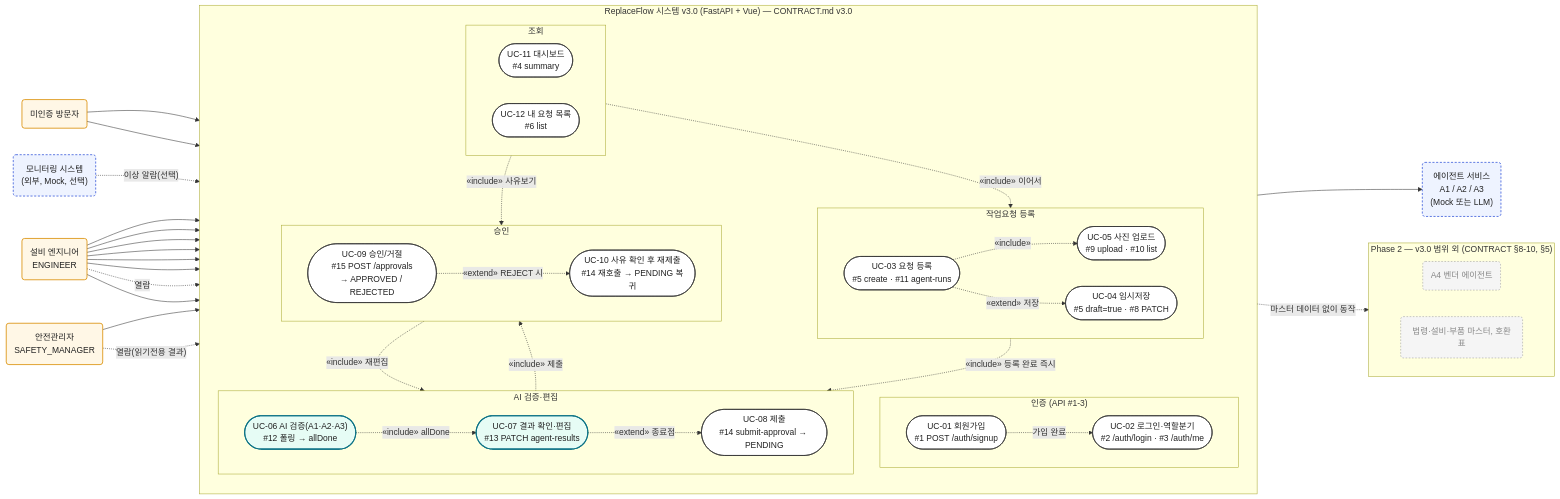
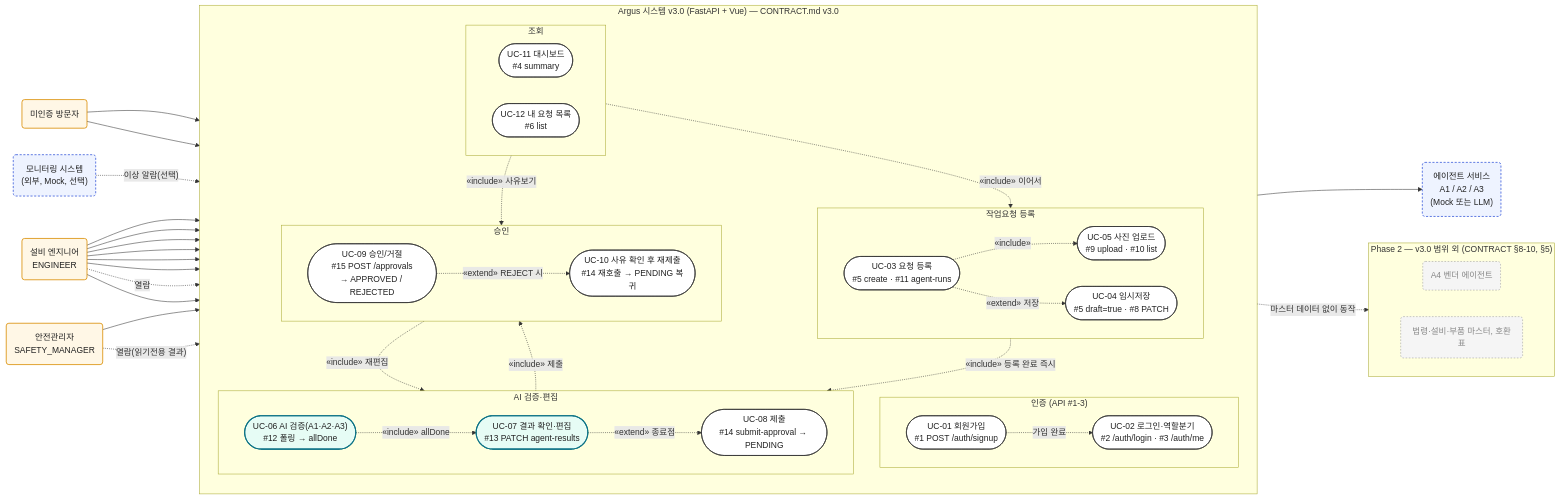
Before and after one commit to jang961111-hash/skala-argus: the diagram in docs/02_usecase/usecase_diagram.mmd, drawn with Mermaid. The commit also changed 79 other files, not shown here.

First line of the commit message:
refactor: 프로젝트명을 ReplaceFlow → Argus 로 전면 변경

```diff
--- a/docs/02_usecase/usecase_diagram.mmd
+++ b/docs/02_usecase/usecase_diagram.mmd
@@ -1,98 +1,98 @@
-%% ReplaceFlow Use-Case Diagram v3.0 (flowchart LR, actors = rounded nodes, UCs = stadium)
+%% Argus Use-Case Diagram v3.0 (flowchart LR, actors = rounded nodes, UCs = stadium)
 flowchart LR
   %% ---------- Actors ----------
   VISITOR("미인증 방문자")
   ENG("설비 엔지니어<br/>ENGINEER")
   SM("안전관리자<br/>SAFETY_MANAGER")
   MON("모니터링 시스템<br/>(외부, Mock, 선택)")
   AGENTS("에이전트 서비스<br/>A1 / A2 / A3<br/>(Mock 또는 LLM)")
 
   %% ---------- System boundary ----------
-  subgraph SYS["ReplaceFlow 시스템 v3.0 (FastAPI + Vue) — CONTRACT.md v3.0"]
+  subgraph SYS["Argus 시스템 v3.0 (FastAPI + Vue) — CONTRACT.md v3.0"]
     direction TB
 
     subgraph AUTH["인증 (API #1-3)"]
       direction LR
       UC01(["UC-01 회원가입<br/>#1 POST /auth/signup"])
       UC02(["UC-02 로그인·역할분기<br/>#2 /auth/login · #3 /auth/me"])
     end
 
     subgraph REGISTER["작업요청 등록"]
       direction LR
       UC03(["UC-03 요청 등록<br/>#5 create · #11 agent-runs"])
       UC04(["UC-04 임시저장<br/>#5 draft=true · #8 PATCH"])
       UC05(["UC-05 사진 업로드<br/>#9 upload · #10 list"])
     end
 
     subgraph AI["AI 검증·편집"]
       direction LR
       UC06(["UC-06 AI 검증(A1·A2·A3)<br/>#12 폴링 → allDone"])
       UC07(["UC-07 결과 확인·편집<br/>#13 PATCH agent-results"])
       UC08(["UC-08 제출<br/>#14 submit-approval → PENDING"])
     end
 
     subgraph APPROVAL["승인"]
       direction LR
       UC09(["UC-09 승인/거절<br/>#15 POST /approvals<br/>→ APPROVED / REJECTED"])
       UC10(["UC-10 사유 확인 후 재제출<br/>#14 재호출 → PENDING 복귀"])
     end
 
     subgraph VIEW["조회"]
       direction LR
       UC11(["UC-11 대시보드<br/>#4 summary"])
       UC12(["UC-12 내 요청 목록<br/>#6 list"])
     end
   end
 
   subgraph PHASE2["Phase 2 — v3.0 범위 외 (CONTRACT §8-10, §5)"]
     direction LR
     P_VENDOR("A4 벤더 에이전트")
     P_MASTER("법령·설비·부품 마스터, 호환표")
   end
 
   %% ---------- Associations ----------
   VISITOR --> UC01
   VISITOR --> UC02
   UC01 -. "가입 완료" .-> UC02
 
   MON -. "이상 알람(선택)" .-> UC03
   ENG --> UC03
   ENG --> UC04
   ENG --> UC05
   ENG --> UC07
   ENG --> UC08
   ENG --> UC10
   ENG -. "열람" .-> UC11
   ENG --> UC12
 
   SM --> UC09
   SM -. "열람(읽기전용 결과)" .-> UC11
 
   UC06 --> AGENTS
 
   %% ---------- include / extend ----------
   UC03 -. "«include»" .-> UC05
   UC03 -. "«extend» 저장" .-> UC04
   UC03 -. "«include» 등록 완료 즉시" .-> UC06
   UC06 -. "«include» allDone" .-> UC07
   UC07 -. "«extend» 종료점" .-> UC08
   UC08 -. "«include» 제출" .-> UC09
   UC09 -. "«extend» REJECT 시" .-> UC10
   UC10 -. "«include» 재편집" .-> UC07
   UC12 -. "«include» 이어서" .-> UC04
   UC12 -. "«include» 사유보기" .-> UC10
 
   %% ---------- Phase 2 (dashed, excluded) ----------
   UC06 -. "마스터 데이터 없이 동작" .-> PHASE2
 
   %% ---------- Styles ----------
   classDef actor fill:#fff7e6,stroke:#d98c00,stroke-width:1.5px,color:#222;
   classDef ext fill:#eef3ff,stroke:#3b5bdb,stroke-width:1.5px,stroke-dasharray:4 3,color:#222;
   classDef uc fill:#ffffff,stroke:#333,stroke-width:1.2px,color:#222;
   classDef ai fill:#e6fcf5,stroke:#0b7285,stroke-width:2px,color:#222;
   classDef phase2 fill:#f5f5f5,stroke:#999,stroke-width:1px,stroke-dasharray:3 3,color:#888;
   class VISITOR,ENG,SM actor;
   class MON,AGENTS ext;
   class UC01,UC02,UC03,UC04,UC05,UC08,UC09,UC10,UC11,UC12 uc;
   class UC06,UC07 ai;
   class P_VENDOR,P_MASTER phase2;
```
